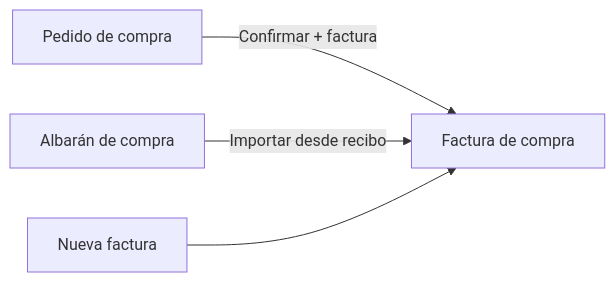
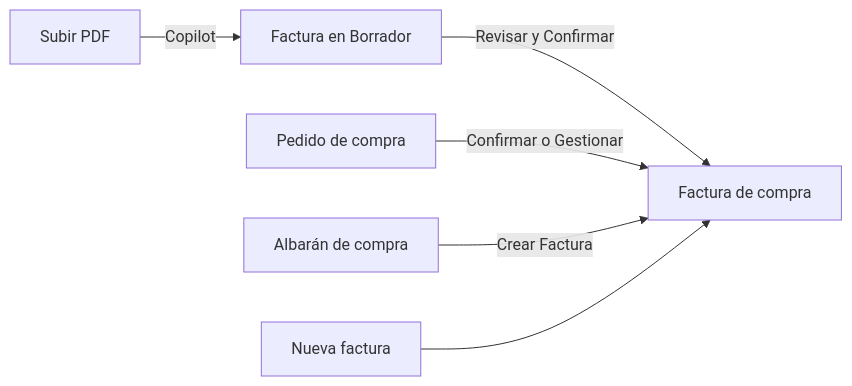
Before and after one commit to etendosoftware/etendo-docs: the diagram in docs/es/operaciones/compras/crear-una-factura-de-compra/crear-una-factura-de-compra.md, drawn with Mermaid. The commit also changed other lines of this file and 65 other files, not shown here.

````diff
--- a/docs/es/operaciones/compras/crear-una-factura-de-compra/crear-una-factura-de-compra.md
+++ b/docs/es/operaciones/compras/crear-una-factura-de-compra/crear-una-factura-de-compra.md
@@ -19,6 +18,8 @@
 ```mermaid
 flowchart LR
-  A[Pedido de compra] -->|Confirmar + factura| B[Factura de compra]
-  C[Albarán de compra] -->|Importar desde recibo| B
+  S[Subir PDF] -->|Copilot| F[Factura en Borrador]
+  F -->|Revisar y Confirmar| B
+  A[Pedido de compra] -->|Confirmar o Gestionar| B[Factura de compra]
+  C[Albarán de compra] -->|Crear Factura| B
   D[Nueva factura] --> B
 ```
````
